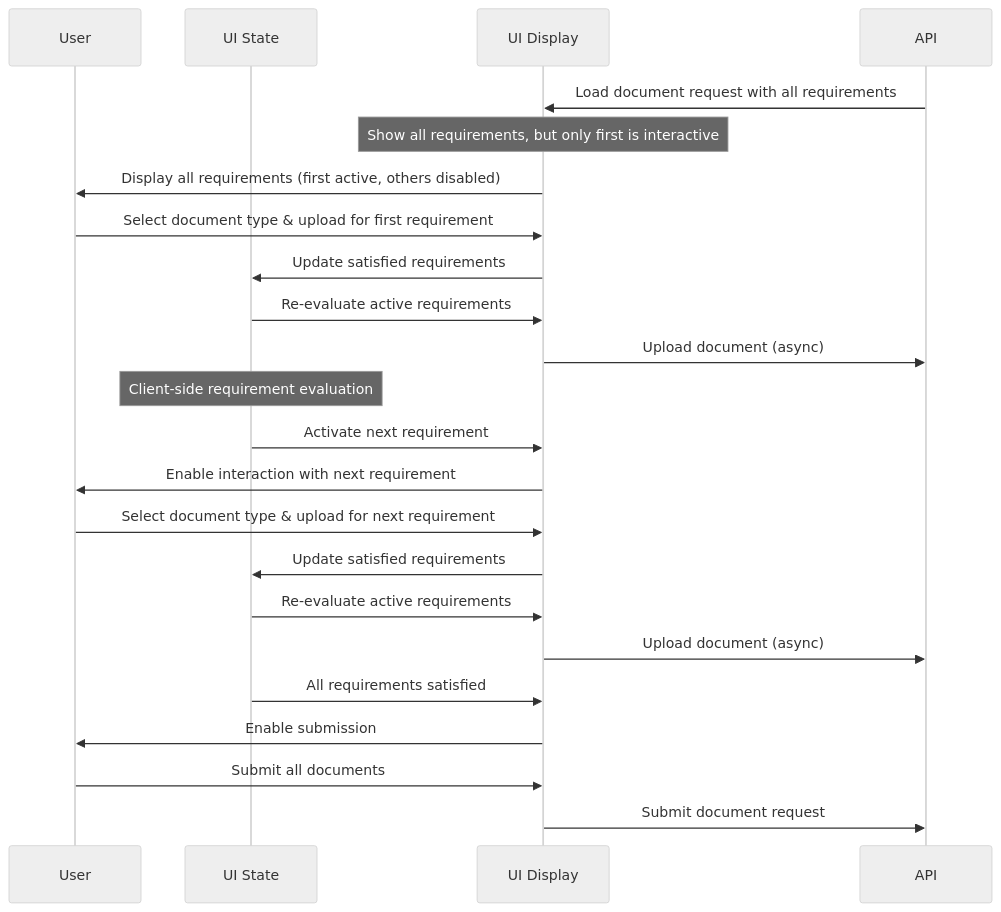
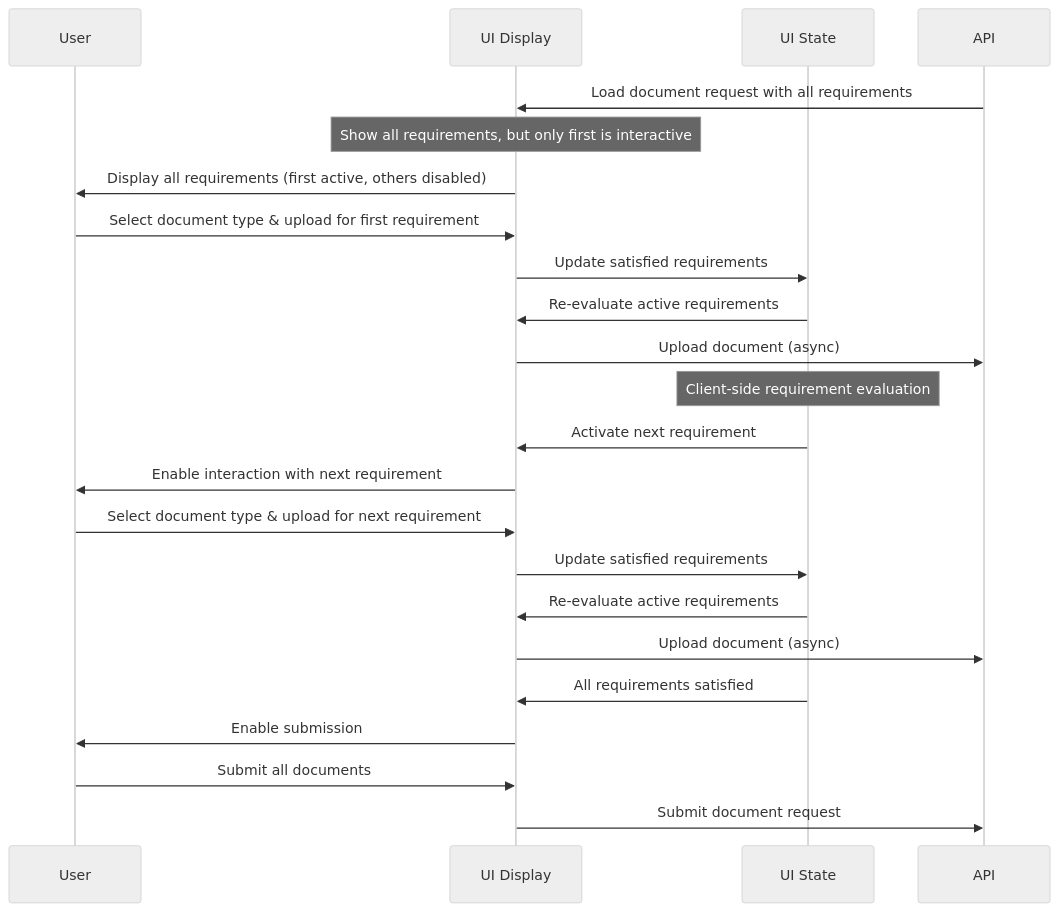
The diagram in embedded-components/src/core/OnboardingWizardBasic/DocumentUploadStepForm/IMPLEMENTATION_GUIDE.md (jpmorgan-payments/embedded-finance), drawn with Mermaid (neutral theme) before and after one commit. The commit also changed other lines of this file, not shown here.

````diff
--- a/embedded-components/src/core/OnboardingWizardBasic/DocumentUploadStepForm/IMPLEMENTATION_GUIDE.md
+++ b/embedded-components/src/core/OnboardingWizardBasic/DocumentUploadStepForm/IMPLEMENTATION_GUIDE.md
@@ -9,31 +9,31 @@
 ```mermaid
 sequenceDiagram
     participant User
+    participant UI Display
     participant UI State
-    participant UI Display
     participant API
     
     API->>UI Display: Load document request with all requirements
     Note over UI Display: Show all requirements, but only first is interactive
     UI Display->>User: Display all requirements (first active, others disabled)
     
     User->>UI Display: Select document type & upload for first requirement
     UI Display->>UI State: Update satisfied requirements
     UI State->>UI Display: Re-evaluate active requirements
     UI Display->>API: Upload document (async)
     
     Note over UI State: Client-side requirement evaluation
     
     UI State->>UI Display: Activate next requirement
     UI Display->>User: Enable interaction with next requirement
     
     User->>UI Display: Select document type & upload for next requirement
     UI Display->>UI State: Update satisfied requirements
     UI State->>UI Display: Re-evaluate active requirements
     UI Display->>API: Upload document (async)
     
     UI State->>UI Display: All requirements satisfied
     UI Display->>User: Enable submission
     User->>UI Display: Submit all documents
     UI Display->>API: Submit document request
 ```
````
